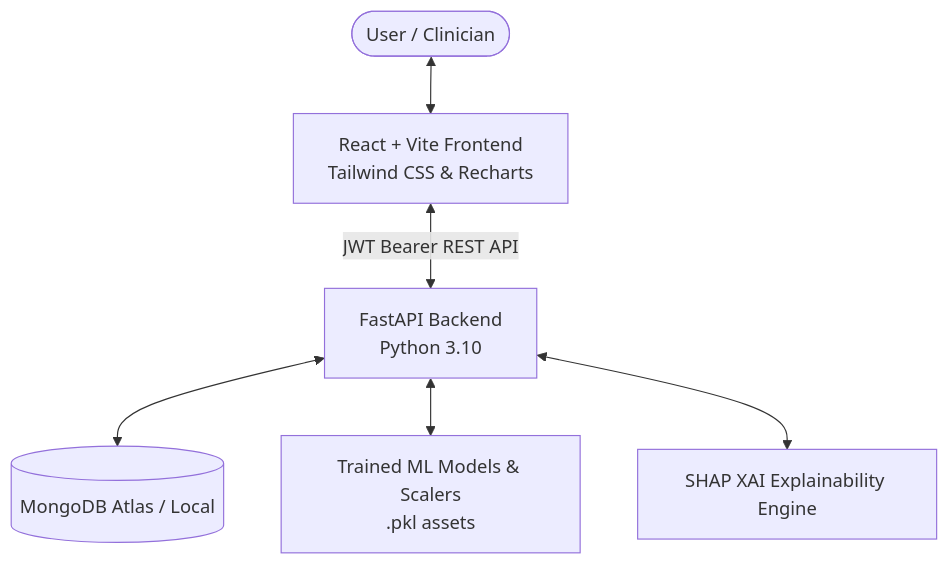
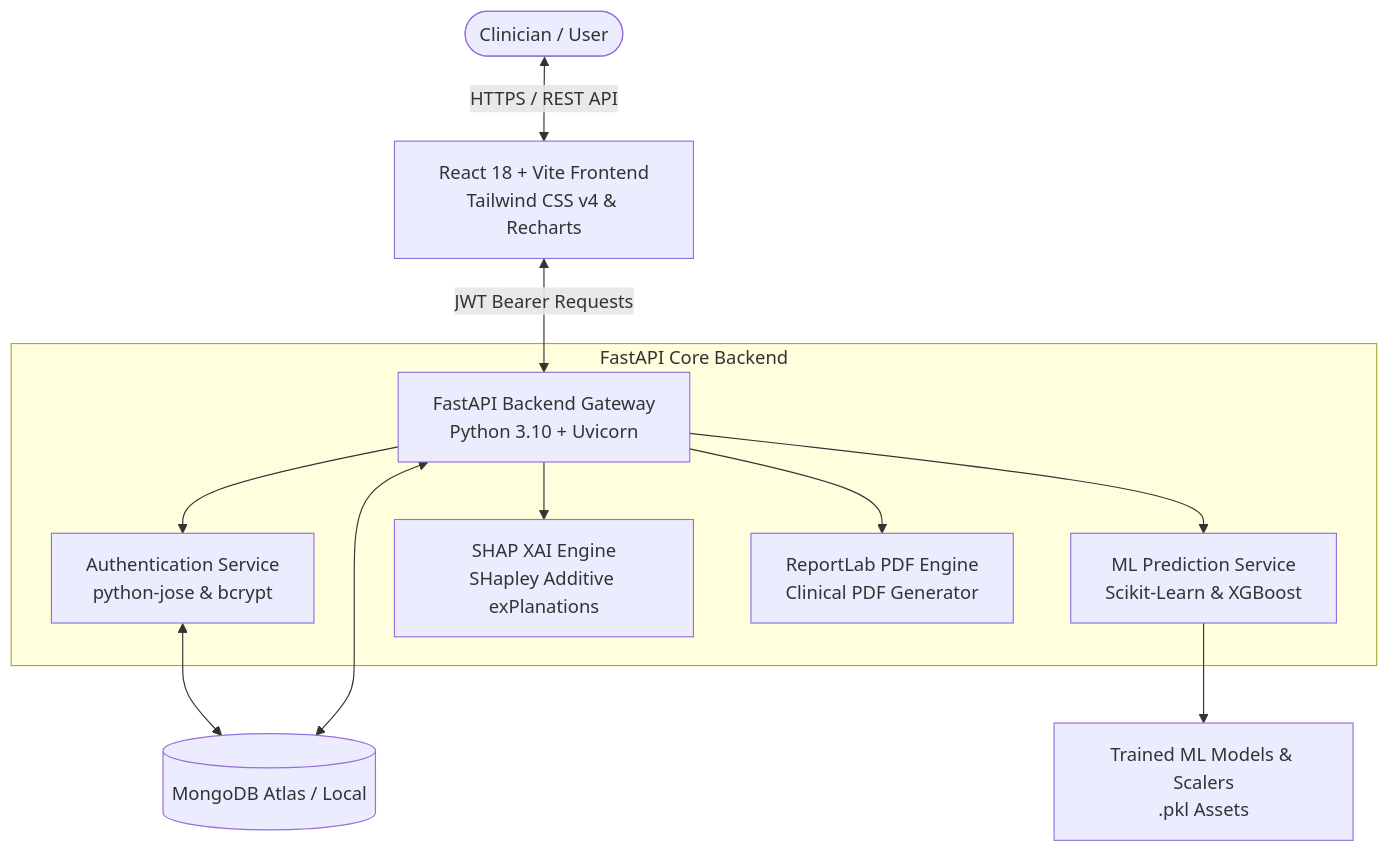
Before and after one commit to iotalord21/MediVision-AI: the diagram in README.md, drawn with Mermaid. The commit also changed other lines of this file and 31 other files, not shown here.

Commit message:
feat: implement prediction history module, PDF report generator, Docker configuration, and recruiter documentation

````diff
--- a/README.md
+++ b/README.md
@@ -27,8 +72,16 @@
 ```mermaid
 graph TD
-    User([User / Clinician]) <--> ReactApp[React + Vite Frontend\nTailwind CSS & Recharts]
-    ReactApp <-->|JWT Bearer REST API| FastAPI[FastAPI Backend\nPython 3.10]
-    FastAPI <--> MongoDB[(MongoDB Atlas / Local)]
-    FastAPI <--> ScikitModels[Trained ML Models & Scalers\n.pkl assets]
-    FastAPI <--> SHAPEngine[SHAP XAI Explainability Engine]
+    User([Clinician / User]) <-->|HTTPS / REST API| Frontend[React 18 + Vite Frontend\nTailwind CSS v4 & Recharts]
+    Frontend <-->|JWT Bearer Requests| Gateway[FastAPI Backend Gateway\nPython 3.10 + Uvicorn]
+    
+    subgraph FastAPI Core Backend
+        Gateway --> AuthSvc[Authentication Service\npython-jose & bcrypt]
+        Gateway --> PredSvc[ML Prediction Service\nScikit-Learn & XGBoost]
+        Gateway --> SHAPSvc[SHAP XAI Engine\nSHapley Additive exPlanations]
+        Gateway --> PDFSvc[ReportLab PDF Engine\nClinical PDF Generator]
+    end
+
+    AuthSvc <--> Mongo[(MongoDB Atlas / Local)]
+    PredSvc --> SavedModels[Trained ML Models & Scalers\n.pkl Assets]
+    Gateway <--> Mongo
 ```
````
